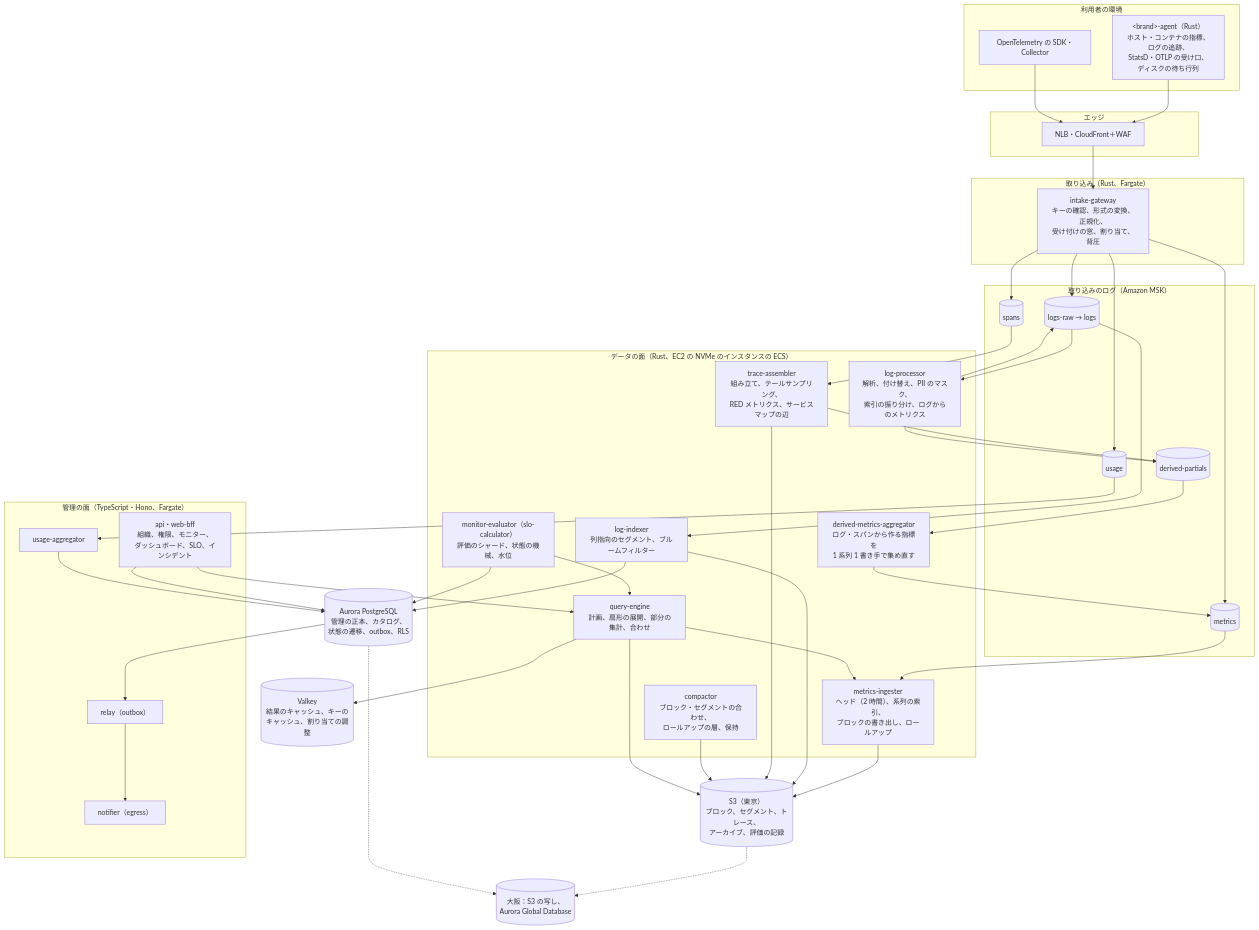
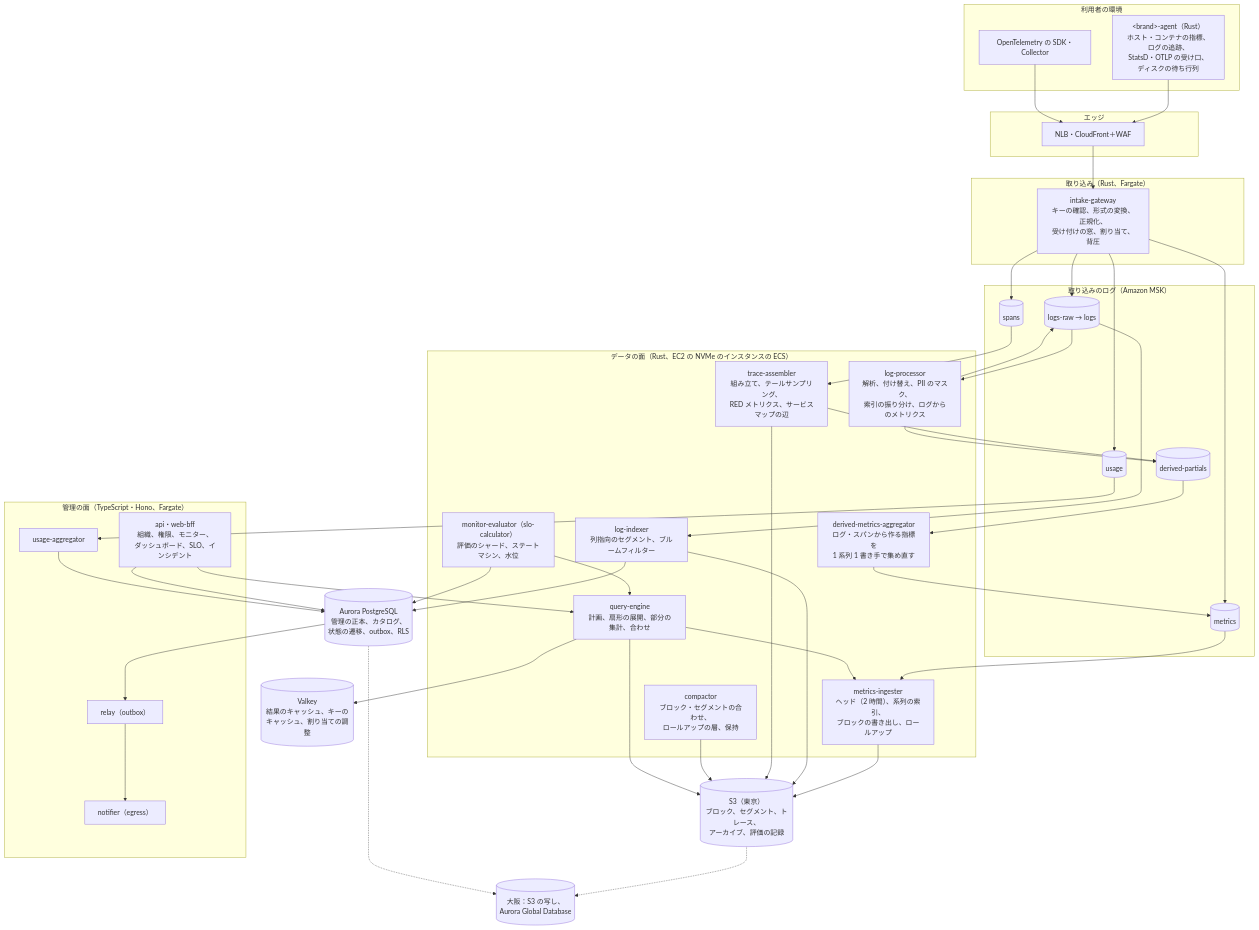
One commit to shoito/rebuilds changed the diagram in systems/datadog/docs/architecture/README.md. Above: the diagram before and after it, drawn with Mermaid. The commit also changed other lines of this file and 191 other files, not shown here.

Commit message:
Use ステートマシン instead of 状態の機械 / 状態機械 across all documents

````diff
--- a/systems/datadog/docs/architecture/README.md
+++ b/systems/datadog/docs/architecture/README.md
@@ -26,81 +26,81 @@
 ```mermaid
 flowchart TB
     subgraph src["利用者の環境"]
         agent["&lt;brand&gt;-agent（Rust）<br/>ホスト・コンテナの指標、ログの追跡、<br/>StatsD・OTLP の受け口、ディスクの待ち行列"]
         otel["OpenTelemetry の SDK・Collector"]
     end
 
     subgraph edge["エッジ"]
         nlb["NLB・CloudFront＋WAF"]
     end
 
     subgraph intake["取り込み（Rust、Fargate）"]
         gw["intake-gateway<br/>キーの確認、形式の変換、正規化、<br/>受け付けの窓、割り当て、背圧"]
     end
 
     subgraph bus["取り込みのログ（Amazon MSK）"]
         tm[("metrics")]
         tl[("logs-raw → logs")]
         ts[("spans")]
         tu[("usage")]
         td[("derived-partials")]
     end
 
     subgraph dataplane["データの面（Rust、EC2 の NVMe のインスタンスの ECS）"]
         ing["metrics-ingester<br/>ヘッド（2 時間）、系列の索引、<br/>ブロックの書き出し、ロールアップ"]
         lp["log-processor<br/>解析、付け替え、PII のマスク、<br/>索引の振り分け、ログからのメトリクス"]
         li["log-indexer<br/>列指向のセグメント、ブルームフィルター"]
         ta["trace-assembler<br/>組み立て、テールサンプリング、<br/>RED メトリクス、サービスマップの辺"]
         comp["compactor<br/>ブロック・セグメントの合わせ、<br/>ロールアップの層、保持"]
         q["query-engine<br/>計画、扇形の展開、部分の集計、合わせ"]
-        ev["monitor-evaluator（slo-calculator）<br/>評価のシャード、状態の機械、水位"]
+        ev["monitor-evaluator（slo-calculator）<br/>評価のシャード、ステートマシン、水位"]
         dm["derived-metrics-aggregator<br/>ログ・スパンから作る指標を<br/>1 系列 1 書き手で集め直す"]
     end
 
     subgraph control["管理の面（TypeScript・Hono、Fargate）"]
         api["api・web-bff<br/>組織、権限、モニター、<br/>ダッシュボード、SLO、インシデント"]
         relay["relay（outbox）"]
         notif["notifier（egress）"]
         meter["usage-aggregator"]
     end
 
     s3[("S3（東京）<br/>ブロック、セグメント、トレース、<br/>アーカイブ、評価の記録")]
     aurora[("Aurora PostgreSQL<br/>管理の正本、カタログ、<br/>状態の遷移、outbox、RLS")]
     valkey[("Valkey<br/>結果のキャッシュ、キーの<br/>キャッシュ、割り当ての調整")]
     osaka[("大阪：S3 の写し、<br/>Aurora Global Database")]
 
     agent --> nlb
     otel --> nlb
     nlb --> gw
     gw --> tm
     gw --> tl
     gw --> ts
     gw --> tu
     tm --> ing
     tl --> lp
     lp --> tl
     tl --> li
     ts --> ta
     ta --> td
     lp --> td
     td --> dm
     dm --> tm
     ing --> s3
     li --> s3
     ta --> s3
     comp --> s3
     li --> aurora
     q --> ing
     q --> s3
     q --> valkey
     ev --> q
     ev --> aurora
     api --> q
     api --> aurora
     aurora --> relay
     relay --> notif
     tu --> meter
     meter --> aurora
     s3 -.-> osaka
     aurora -.-> osaka
 ```
````
